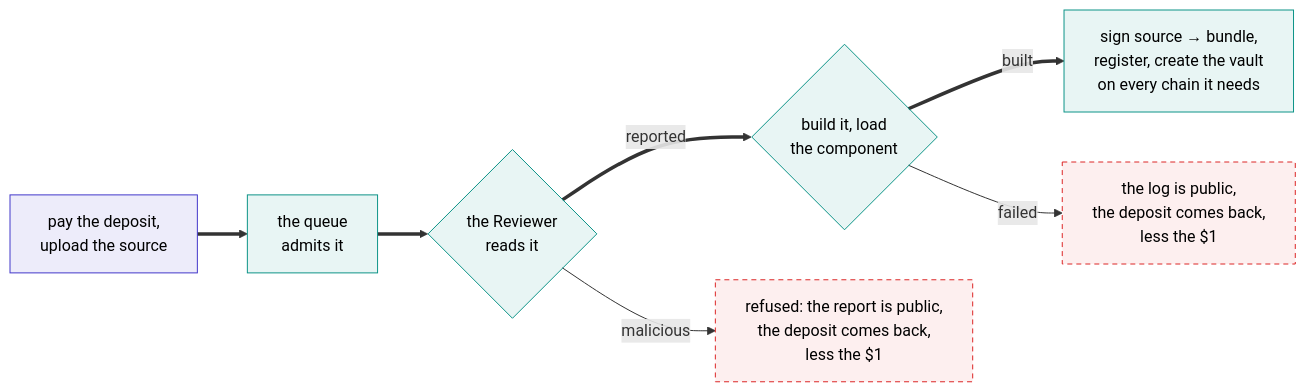
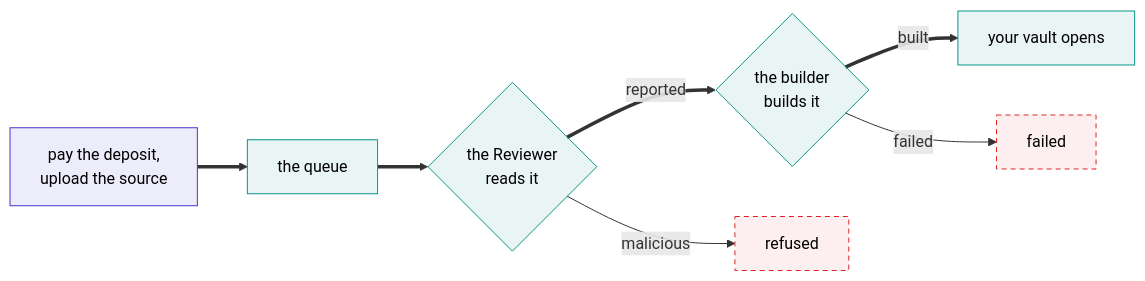
The diagram in docs/content/writing/publishing.md (ShoninFi/shonin-platform), drawn with Mermaid before and after one commit. The commit also changed other lines of this file and 13 other files, not shown here.

````diff
--- a/docs/content/writing/publishing.md
+++ b/docs/content/writing/publishing.md
@@ -5,16 +5,16 @@
 ```mermaid
 flowchart LR
-    B["pay the deposit,<br/>upload the source"] ==> D["the queue<br/>admits it"]
+    B["pay the deposit,<br/>upload the source"] ==> D["the queue"]
     D ==> H{"the Reviewer<br/>reads it"}
-    H ==>|reported| E{"build it, load<br/>the component"}
-    H -->|malicious| R["refused: the report is public,<br/>the deposit comes back,<br/>less the $1"]
-    E ==>|built| F["sign source → bundle,<br/>register, create the vault<br/>on every chain it needs"]
-    E -->|failed| G["the log is public,<br/>the deposit comes back,<br/>less the $1"]
+    H ==>|reported| E{"the builder<br/>builds it"}
+    H -->|malicious| R["refused"]
+    E ==>|built| F["your vault opens"]
+    E -->|failed| G["failed"]
 
     classDef you fill:#4338ca18,stroke:#4338ca,color:inherit
     classDef us fill:#0d948818,stroke:#0d9488,color:inherit
     classDef bad fill:#dc262612,stroke:#dc2626,color:inherit,stroke-dasharray:5 4
     class B you
     class D,E,F,H us
     class G,R bad
 ```
````
